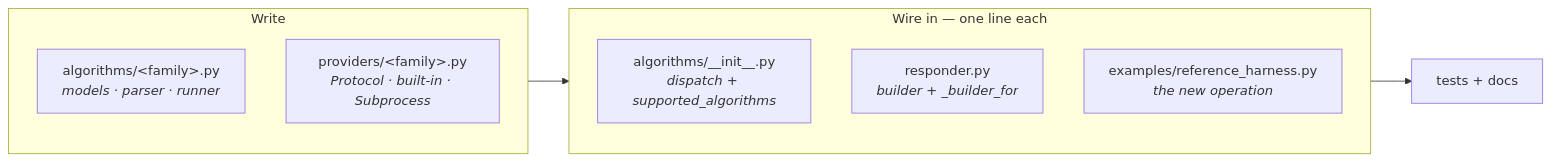
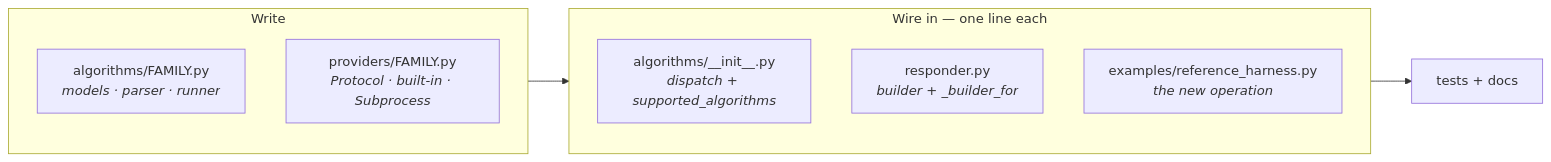
The ninth of 9 diagrams in docs/design.md (Govardhan527/acvp-assay), drawn with Mermaid before and after one commit. The commit also changed other lines of this file and 1 other file, not shown here.

First paragraph of the commit message:
Fix a Mermaid parse error, and make the checks that missed it permanent
The live-session diagram rendered as a red parse box on GitHub rather
than a picture. A semicolon inside a "Note over" text ends the Mermaid
statement, so the note was truncated and the remainder was garbage:

````diff
--- a/docs/design.md
+++ b/docs/design.md
@@ -311,13 +311,13 @@
 ```mermaid
 flowchart LR
     subgraph new["Write"]
-        a["algorithms/&lt;family&gt;.py<br/><i>models · parser · runner</i>"]
-        p["providers/&lt;family&gt;.py<br/><i>Protocol · built-in · Subprocess</i>"]
+        a["algorithms/FAMILY.py<br/><i>models · parser · runner</i>"]
+        p["providers/FAMILY.py<br/><i>Protocol · built-in · Subprocess</i>"]
     end
     subgraph wire["Wire in — one line each"]
         d["algorithms/__init__.py<br/><i>dispatch + supported_algorithms</i>"]
         rp["responder.py<br/><i>builder + _builder_for</i>"]
         h["examples/reference_harness.py<br/><i>the new operation</i>"]
     end
     new --> wire --> t["tests + docs"]
 ```
````
